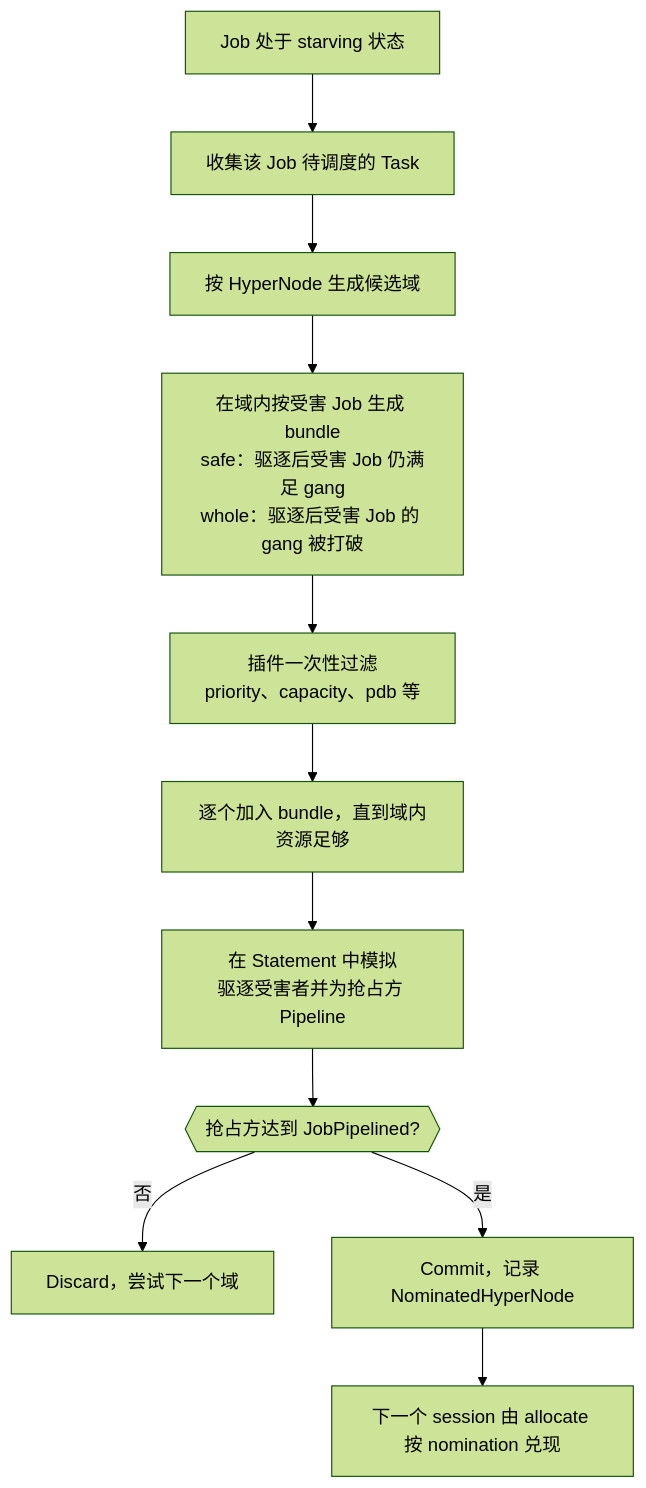
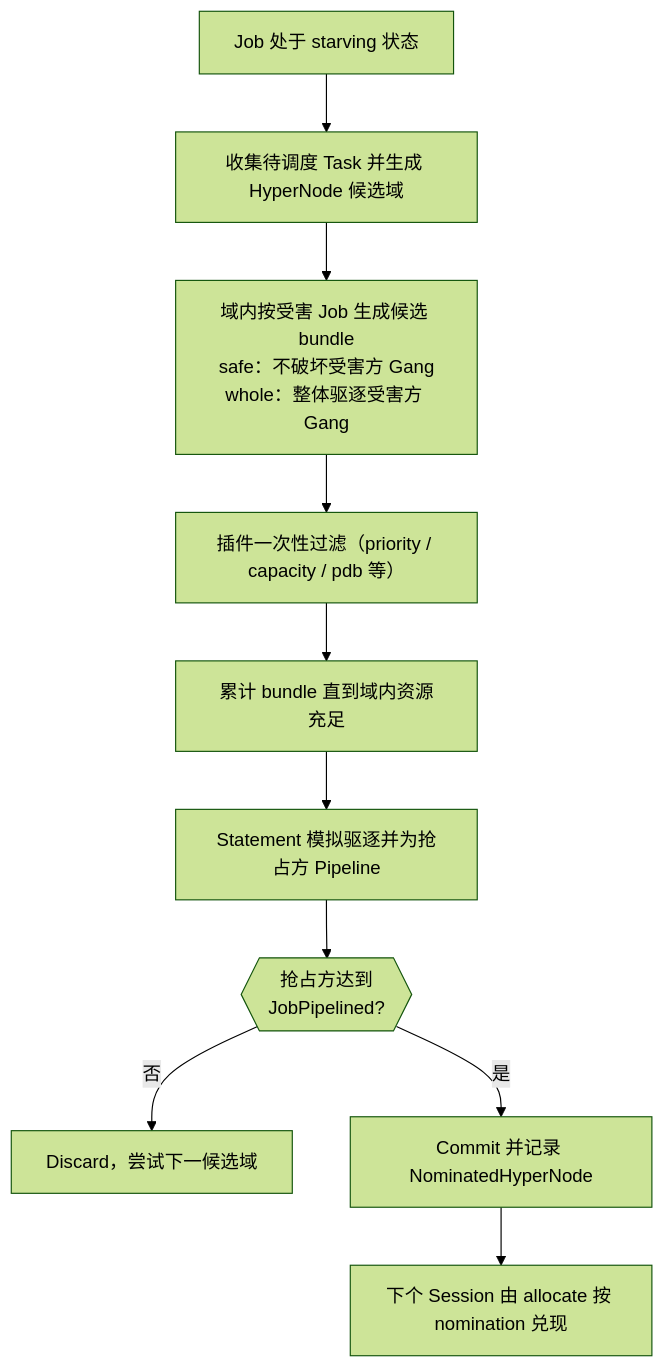
One commit to JesseStutler/volcano changed diagram 12 of 15 in docs/research/k8s-workload-aware-scheduling-vs-volcano-cn.md. Above: the diagram before and after it, drawn with Mermaid (forest theme). The commit also changed other lines of this file and 1 other file, not shown here.

````diff
--- a/docs/research/k8s-workload-aware-scheduling-vs-volcano-cn.md
+++ b/docs/research/k8s-workload-aware-scheduling-vs-volcano-cn.md
@@ -584,13 +503,12 @@
 ```mermaid
 flowchart TD
-    A["Job 处于 starving 状态"] --> B["收集该 Job 待调度的 Task"]
-    B --> C["按 HyperNode 生成候选域"]
-    C --> D["在域内按受害 Job 生成 bundle<br/>safe：驱逐后受害 Job 仍满足 gang<br/>whole：驱逐后受害 Job 的 gang 被打破"]
-    D --> E["插件一次性过滤<br/>priority、capacity、pdb 等"]
-    E --> F["逐个加入 bundle，直到域内资源足够"]
-    F --> G["在 Statement 中模拟<br/>驱逐受害者并为抢占方 Pipeline"]
-    G --> H{{"抢占方达到 JobPipelined?"}}
-    H -- 否 --> I["Discard，尝试下一个域"]
-    H -- 是 --> J["Commit，记录 NominatedHyperNode"]
-    J --> K["下一个 session 由 allocate 按 nomination 兑现"]
+    A["Job 处于 starving 状态"] --> B["收集待调度 Task 并生成 HyperNode 候选域"]
+    B --> C["域内按受害 Job 生成候选 bundle<br/>safe：不破坏受害方 Gang<br/>whole：整体驱逐受害方 Gang"]
+    C --> D["插件一次性过滤（priority / capacity / pdb 等）"]
+    D --> E["累计 bundle 直到域内资源充足"]
+    E --> F["Statement 模拟驱逐并为抢占方 Pipeline"]
+    F --> G{{"抢占方达到<br/>JobPipelined?"}}
+    G -- 否 --> H["Discard，尝试下一候选域"]
+    G -- 是 --> I["Commit 并记录 NominatedHyperNode"]
+    I --> J["下个 Session 由 allocate 按 nomination 兑现"]
 ```
````
